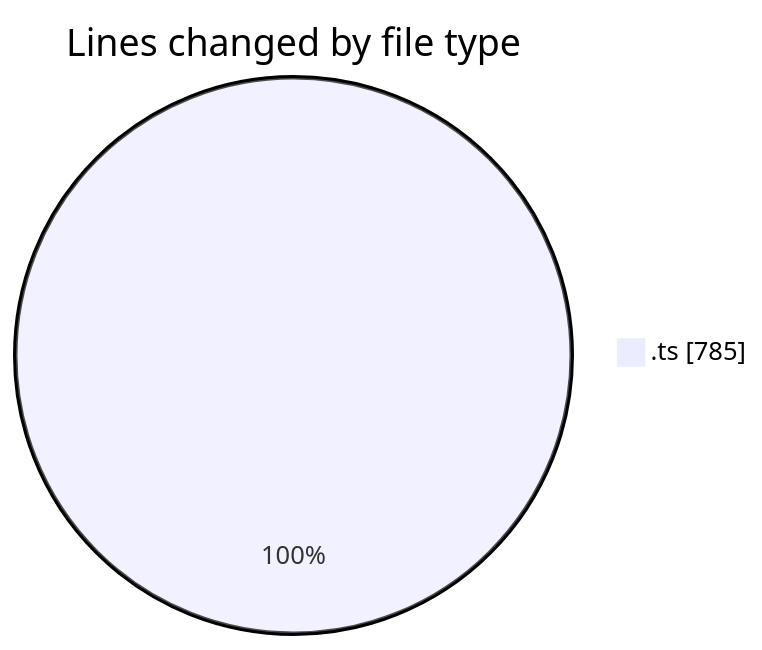
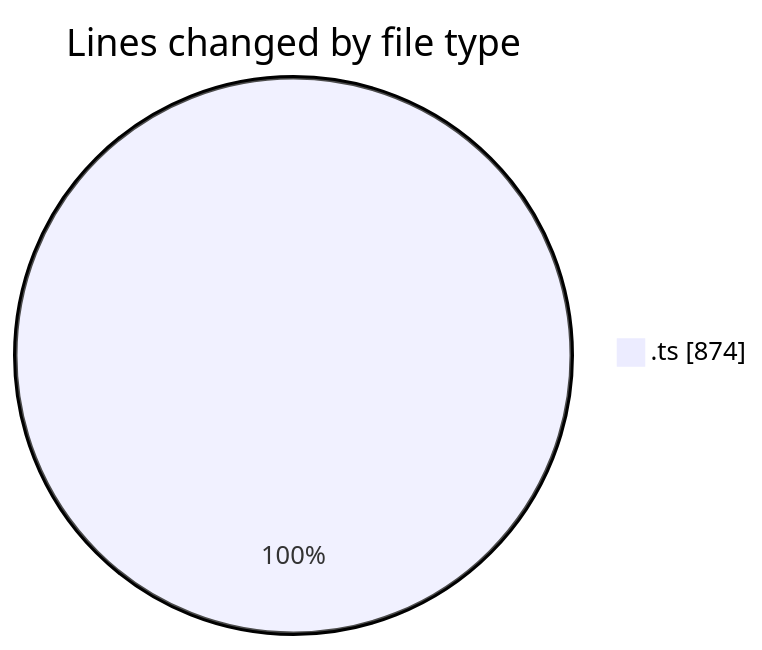
One commit to momahboobian/code-tracking changed the first of 2 diagrams in 2025-06-26/cda/README.md. Above: the diagram before and after it, drawn with Mermaid. The commit also changed other lines of this file and 1 other file, not shown here.

````diff
--- a/2025-06-26/cda/README.md
+++ b/2025-06-26/cda/README.md
@@ -20,5 +20,5 @@
 ```mermaid
 pie showData
 title Lines changed by file type
-".ts" : 785
+".ts" : 874
 ```
````
